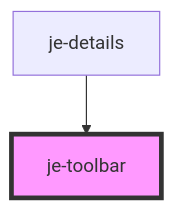
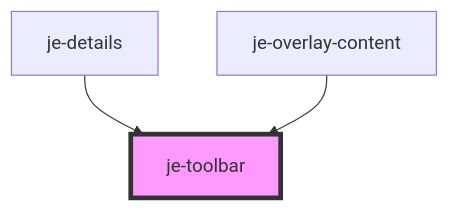
Before and after one commit to pgreen00/jebamo: the diagram in packages/docs/docs/components/je-toolbar/readme.md, drawn with Mermaid. The commit also changed other lines of this file and 110 other files, not shown here.

````diff
--- a/packages/docs/docs/components/je-toolbar/readme.md
+++ b/packages/docs/docs/components/je-toolbar/readme.md
@@ -23,5 +24,6 @@
 ```mermaid
 graph TD;
   je-details --> je-toolbar
+  je-overlay-content --> je-toolbar
   style je-toolbar fill:#f9f,stroke:#333,stroke-width:4px
 ```
````
